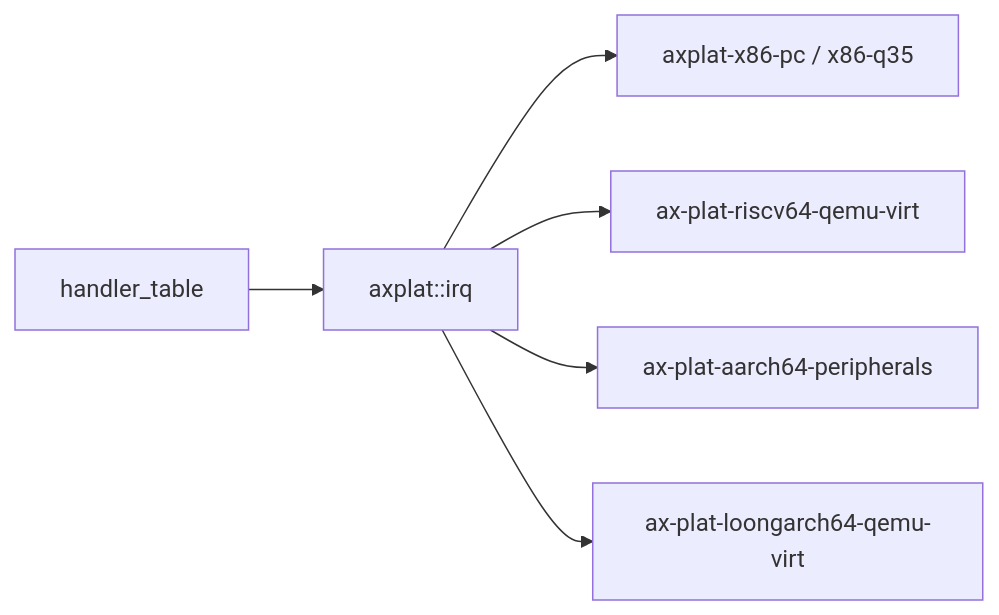
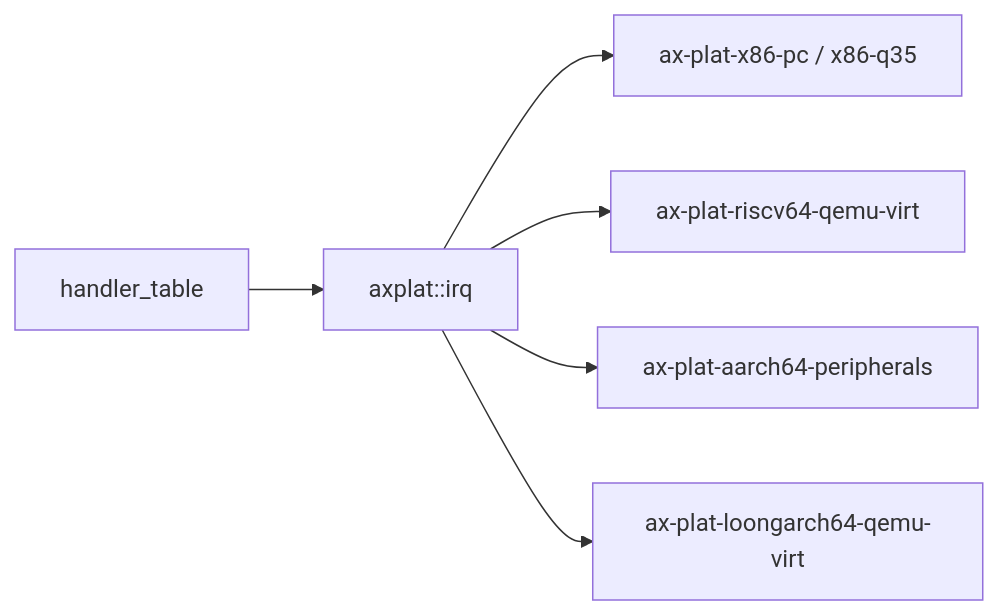
The second of 2 diagrams in docs/crates/handler_table.md (zKurisu/tgoskits), drawn with Mermaid before and after one commit. The commit also changed other lines of this file and 39 other files, not shown here.

Commit message:
rename axplat-x86-pc to ax-plat-x86-pc

````diff
--- a/docs/crates/handler_table.md
+++ b/docs/crates/handler_table.md
@@ -66,8 +66,8 @@
 ```mermaid
 graph LR
     handler_table["handler_table"] --> axplat["axplat::irq"]
-    axplat --> x86["axplat-x86-pc / x86-q35"]
+    axplat --> x86["ax-plat-x86-pc / x86-q35"]
     axplat --> riscv["ax-plat-riscv64-qemu-virt"]
     axplat --> aarch64["ax-plat-aarch64-peripherals"]
     axplat --> loongarch["ax-plat-loongarch64-qemu-virt"]
 ```
````
